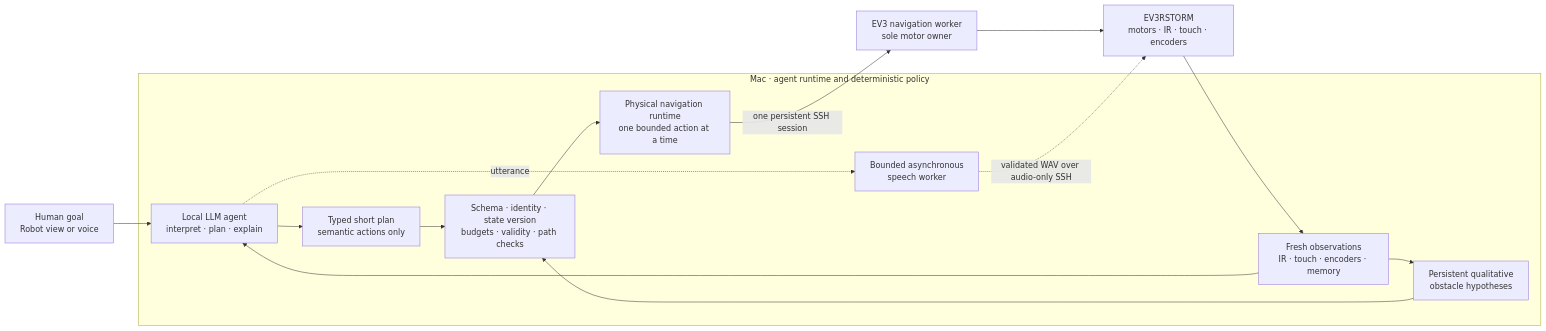
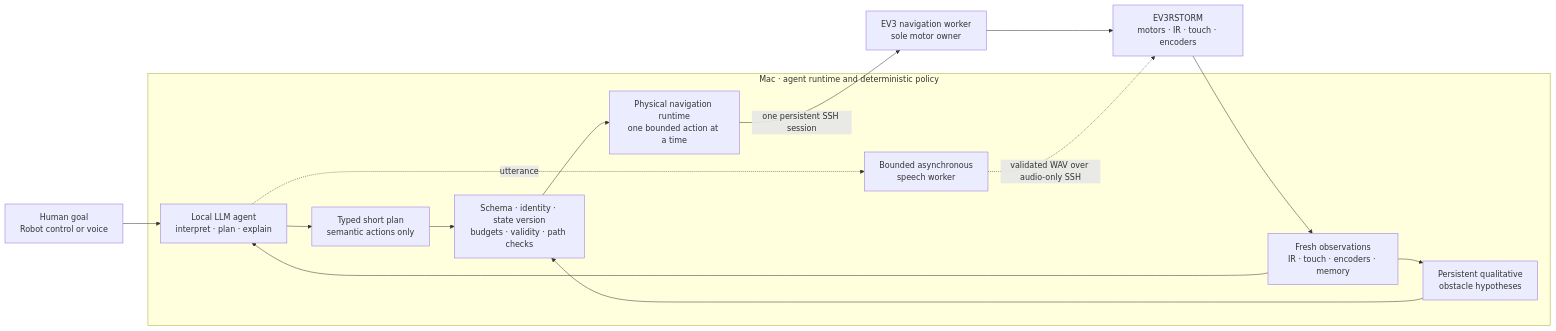
The diagram in README.md (Jawbreaker1/robot-llm), drawn with Mermaid before and after one commit. The commit also changed other lines of this file and 44 other files, not shown here.

````diff
--- a/README.md
+++ b/README.md
@@ -106,19 +106,19 @@
 ```mermaid
 flowchart LR
-    U["Human goal<br/>Robot view or voice"] --> A["Local LLM agent<br/>interpret · plan · explain"]
+    U["Human goal<br/>Robot control or voice"] --> A["Local LLM agent<br/>interpret · plan · explain"]
     O["Fresh observations<br/>IR · touch · encoders · memory"] --> A
     A --> P["Typed short plan<br/>semantic actions only"]
 
     subgraph HOST["Mac · agent runtime and deterministic policy"]
         P --> V["Schema · identity · state version<br/>budgets · validity · path checks"]
         V --> E["Physical navigation runtime<br/>one bounded action at a time"]
         O --> M["Persistent qualitative<br/>obstacle hypotheses"]
         M --> V
         A -. utterance .-> T["Bounded asynchronous<br/>speech worker"]
     end
 
     E -->|"one persistent SSH session"| W["EV3 navigation worker<br/>sole motor owner"]
     W --> R["EV3RSTORM<br/>motors · IR · touch · encoders"]
     R --> O
     T -. "validated WAV over audio-only SSH" .-> R
 ```
````
